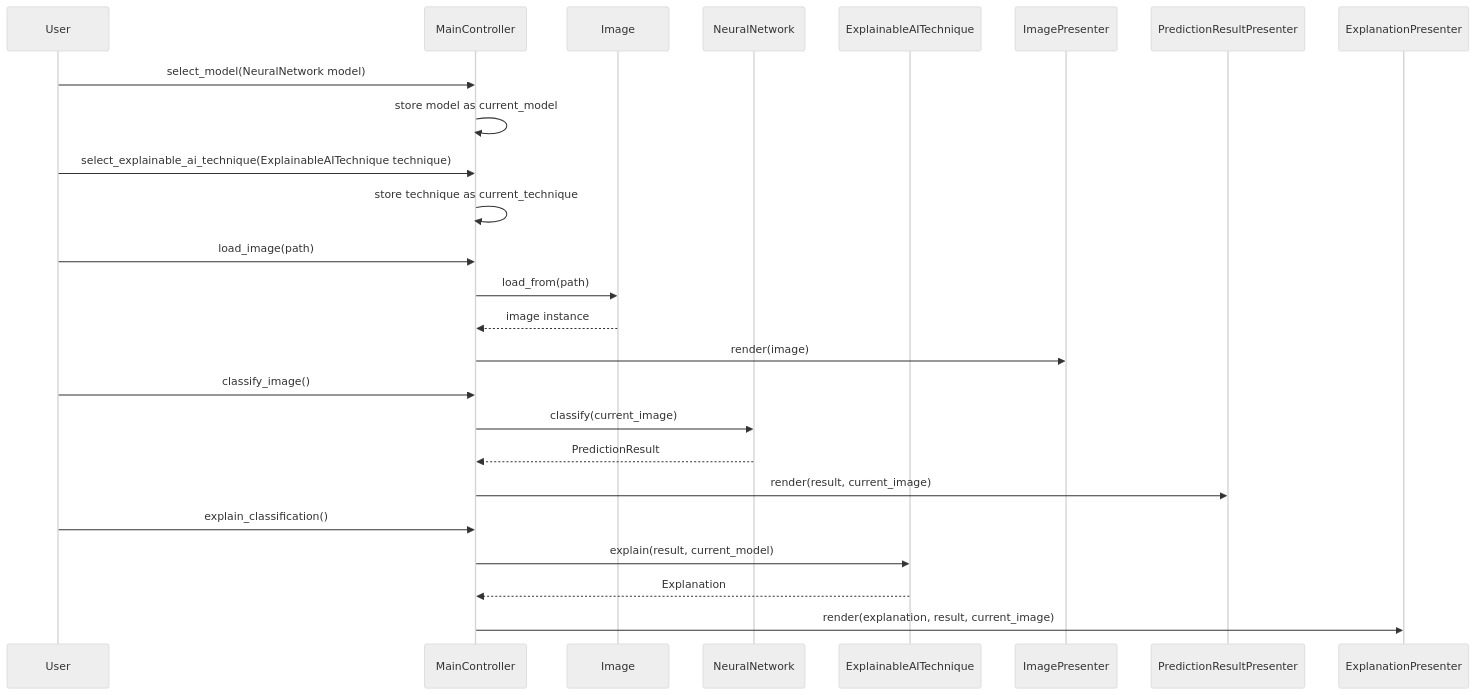
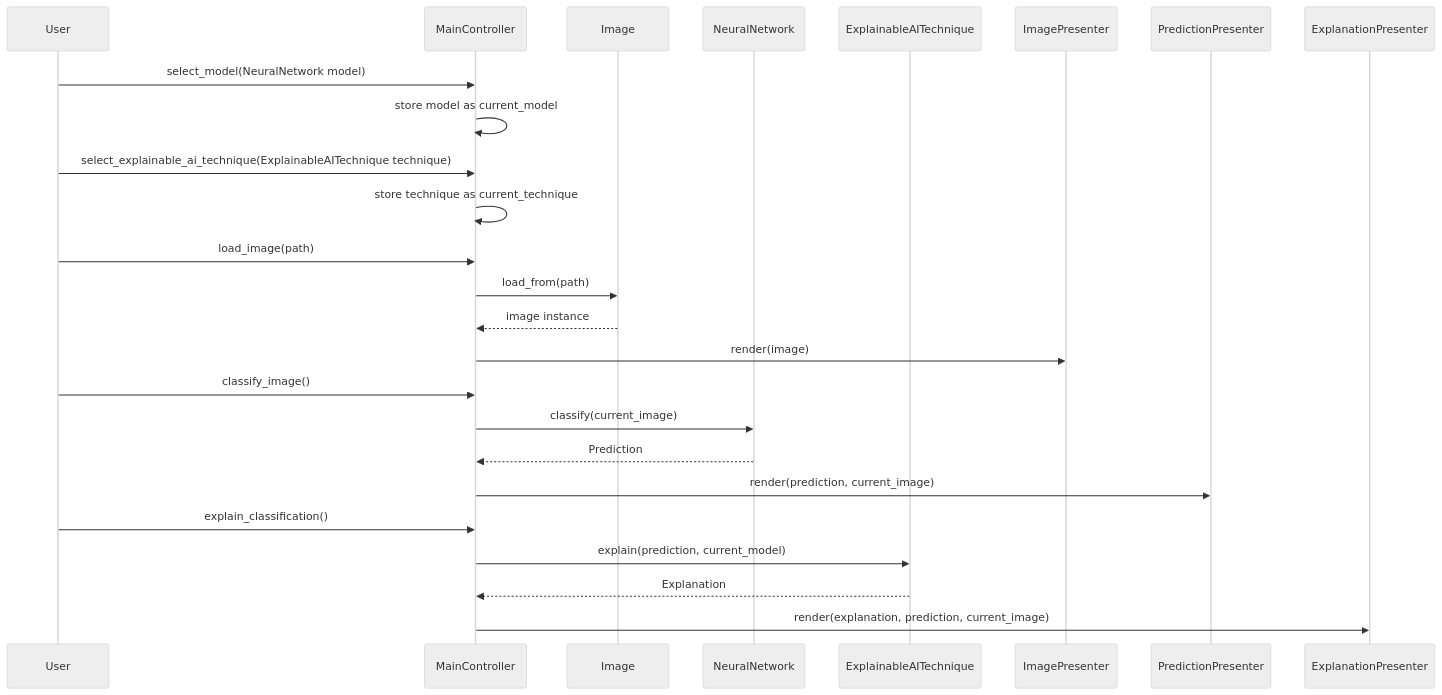
Before and after one commit to GermainGirndt/visual-explanaible-ai: the third of 3 diagrams in documentation/01_static_and_dynamic_models.md, drawn with Mermaid (neutral theme). The commit also changed other lines of this file, not shown here.

Commit message:
Refactor terminology from "PredictionResult" to "Prediction" in class diagrams and sequence diagrams for consistency

````diff
--- a/documentation/01_static_and_dynamic_models.md
+++ b/documentation/01_static_and_dynamic_models.md
@@ -183,33 +183,33 @@
 ```mermaid
 
 sequenceDiagram
     participant User
     participant MainController
     participant Image
     participant NeuralNetwork
     participant ExplainableAITechnique
     participant ImagePresenter
-    participant PredictionResultPresenter
+    participant PredictionPresenter
     participant ExplanationPresenter
 
     User->>MainController: select_model(NeuralNetwork model)
     MainController->>MainController: store model as current_model
 
     User->>MainController: select_explainable_ai_technique(ExplainableAITechnique technique)
     MainController->>MainController: store technique as current_technique
 
     User->>MainController: load_image(path)
     MainController->>Image: load_from(path)
     Image-->>MainController: image instance
     MainController->>ImagePresenter: render(image)
 
     User->>MainController: classify_image()
     MainController->>NeuralNetwork: classify(current_image)
-    NeuralNetwork-->>MainController: PredictionResult
-    MainController->>PredictionResultPresenter: render(result, current_image)
+    NeuralNetwork-->>MainController: Prediction
+    MainController->>PredictionPresenter: render(prediction, current_image)
 
     User->>MainController: explain_classification()
-    MainController->>ExplainableAITechnique: explain(result, current_model)
+    MainController->>ExplainableAITechnique: explain(prediction, current_model)
     ExplainableAITechnique-->>MainController: Explanation
-    MainController->>ExplanationPresenter: render(explanation, result, current_image)
+    MainController->>ExplanationPresenter: render(explanation, prediction, current_image)
 ```
````
